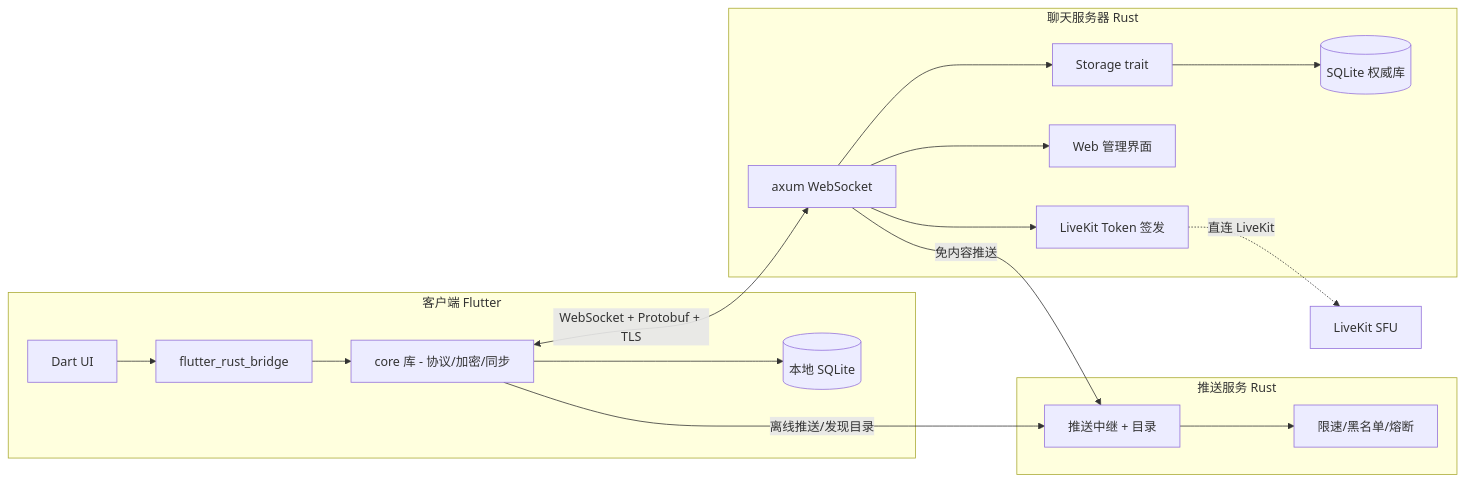
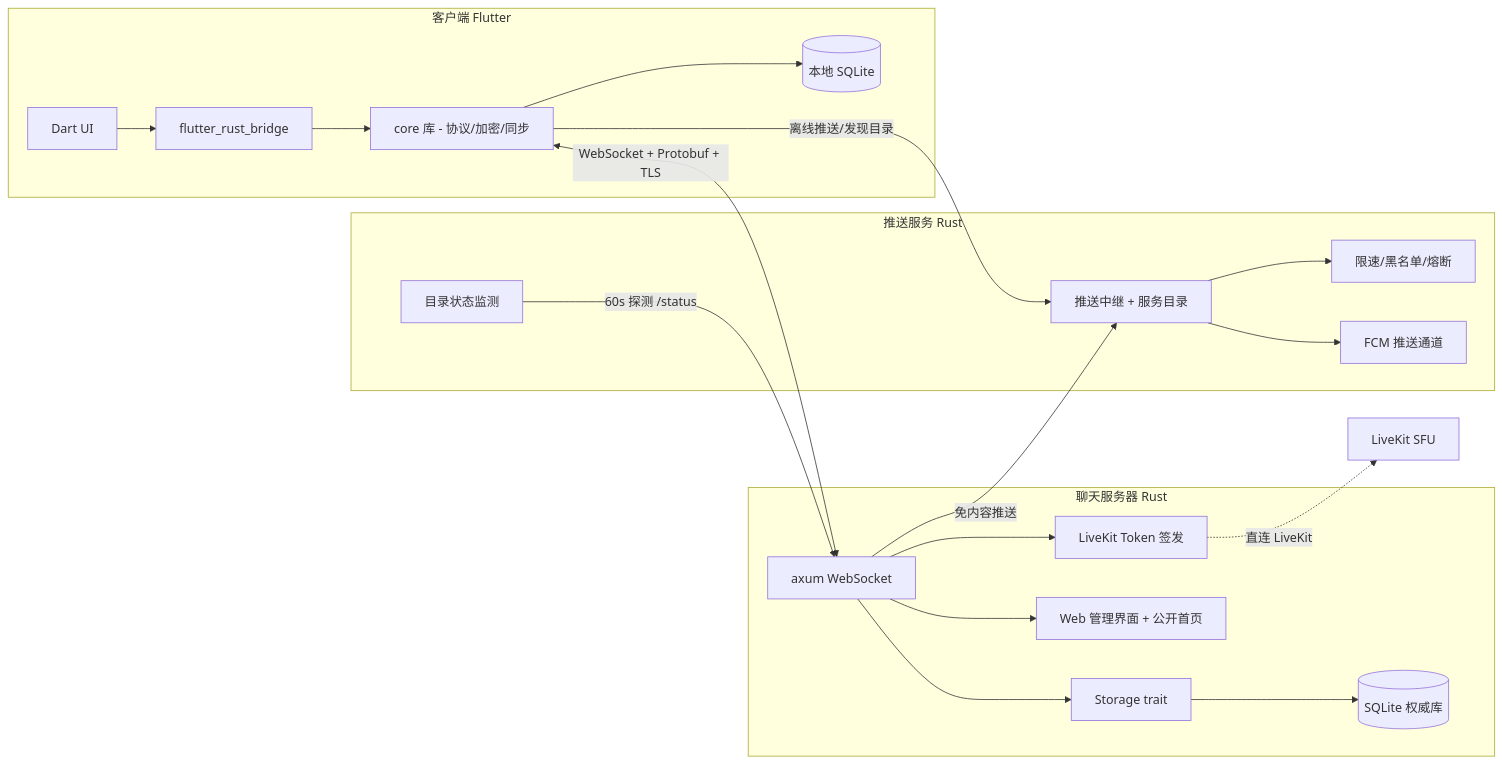
Before and after one commit to mask47631/lonisle_project: the diagram in README.md, drawn with Mermaid. The commit also changed other lines of this file and 1 other file, not shown here.

````diff
--- a/README.md
+++ b/README.md
@@ -9,29 +9,33 @@
 ```mermaid
 graph LR
     subgraph Client[客户端 Flutter]
         UI[Dart UI]
         FFI[flutter_rust_bridge]
         Core[core 库 - 协议/加密/同步]
         DBc[(本地 SQLite)]
     end
     subgraph Server[聊天服务器 Rust]
         WS[axum WebSocket]
         ST[Storage trait]
         DBs[(SQLite 权威库)]
-        ADM[Web 管理界面]
+        ADM[Web 管理界面 + 公开首页]
         AV[LiveKit Token 签发]
     end
     subgraph Push[推送服务 Rust]
-        API[推送中继 + 目录]
+        API[推送中继 + 服务目录]
         RL[限速/黑名单/熔断]
+        MON[目录状态监测]
+        FCM[FCM 推送通道]
     end
     UI --> FFI --> Core --> DBc
     Core <-->|WebSocket + Protobuf + TLS| WS
     WS --> ST --> DBs
     WS --> ADM
     WS --> AV
     Core -->|离线推送/发现目录| API
     WS -->|免内容推送| API
     API --> RL
+    MON -->|60s 探测 /status| WS
+    API --> FCM
     AV -.直连 LiveKit.-> LiveKit[LiveKit SFU]
 ```
````
